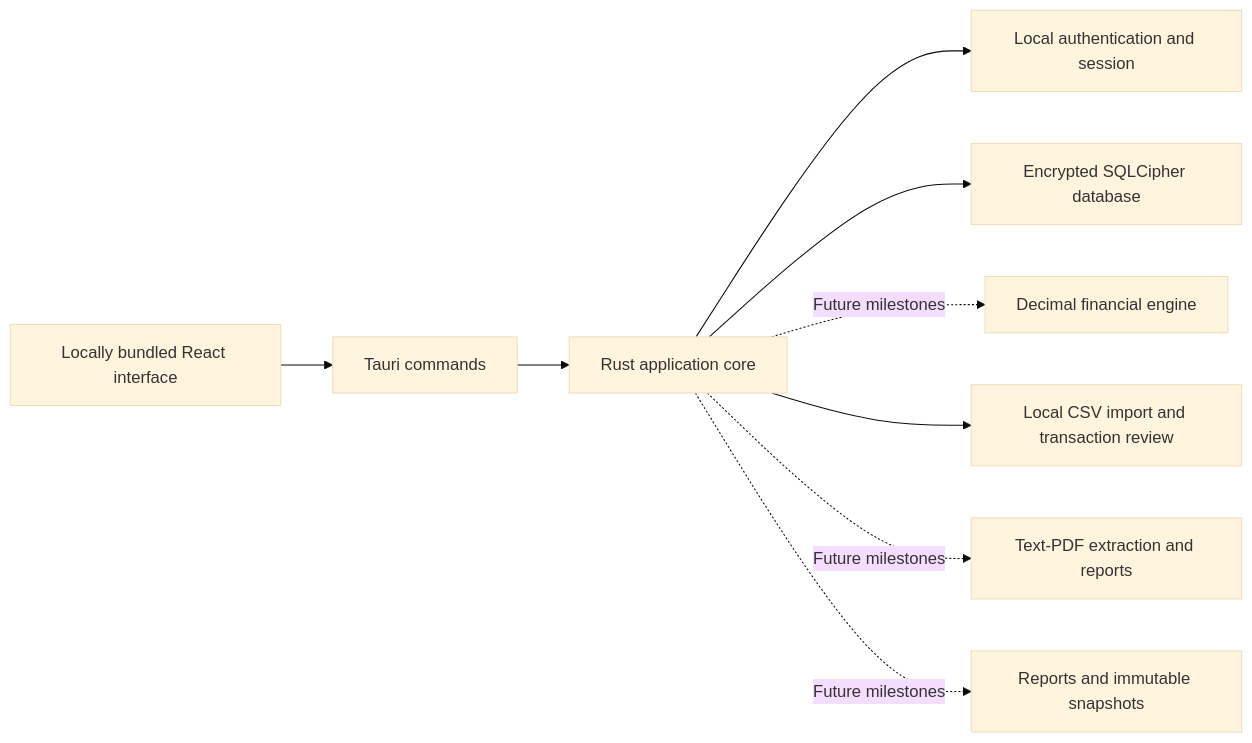
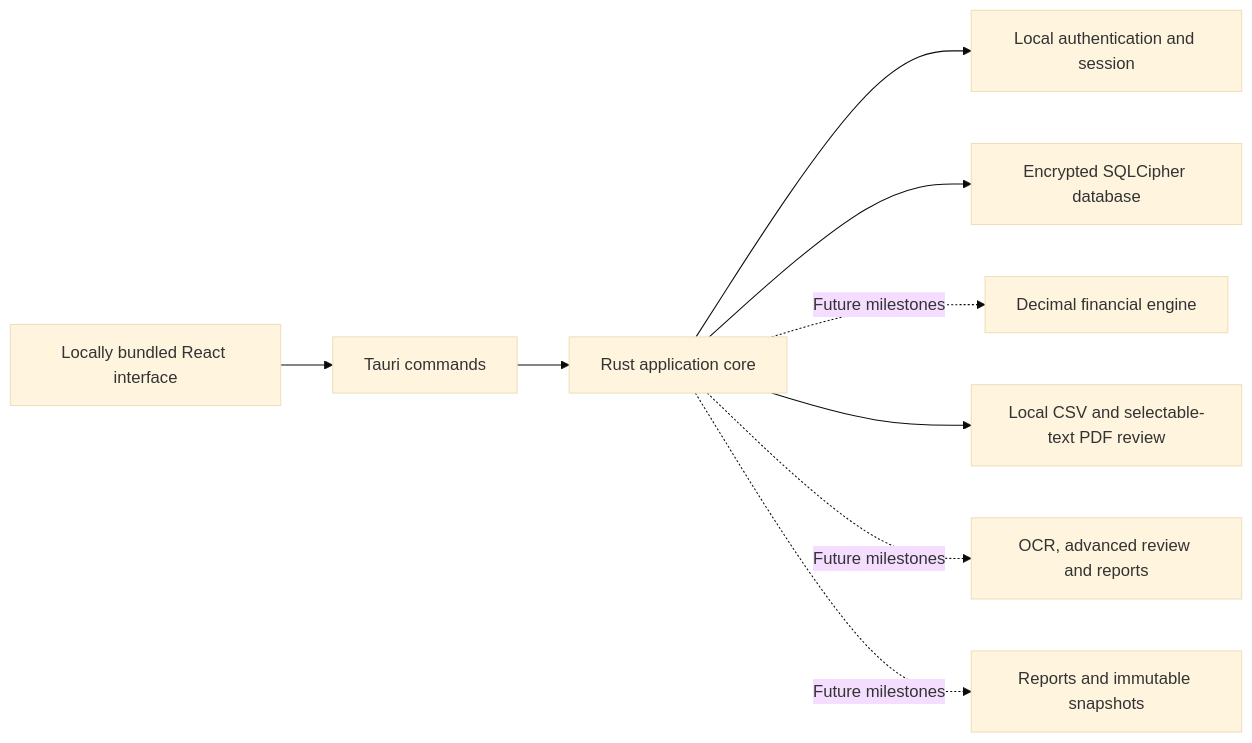
One commit to Eisenbartl/eisenbart-co-desktop changed the diagram in docs/architecture.md. Above: the diagram before and after it, drawn with Mermaid (base theme). The commit also changed other lines of this file and 34 other files, not shown here.

Commit message:
Add supervised text PDF imports with page provenance and review

````diff
--- a/docs/architecture.md
+++ b/docs/architecture.md
@@ -21,11 +21,11 @@
 ```mermaid
 flowchart LR
     UI[Locally bundled React interface] --> IPC[Tauri commands]
     IPC --> Core[Rust application core]
     Core --> Auth[Local authentication and session]
     Core --> DB[Encrypted SQLCipher database]
     Core -. Future milestones .-> Calc[Decimal financial engine]
-    Core --> Docs[Local CSV import and transaction review]
-    Core -. Future milestones .-> PDF[Text-PDF extraction and reports]
+    Core --> Docs[Local CSV and selectable-text PDF review]
+    Core -. Future milestones .-> PDF[OCR, advanced review and reports]
     Core -. Future milestones .-> Reports[Reports and immutable snapshots]
 ```
````
